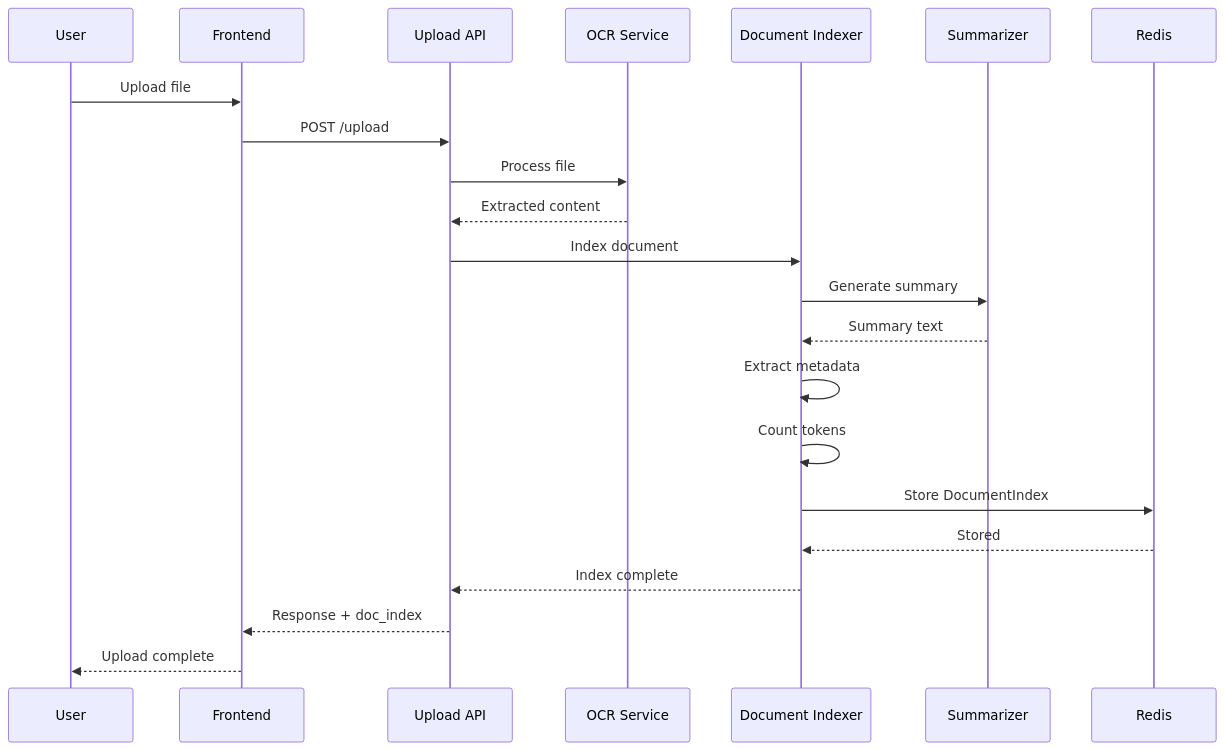
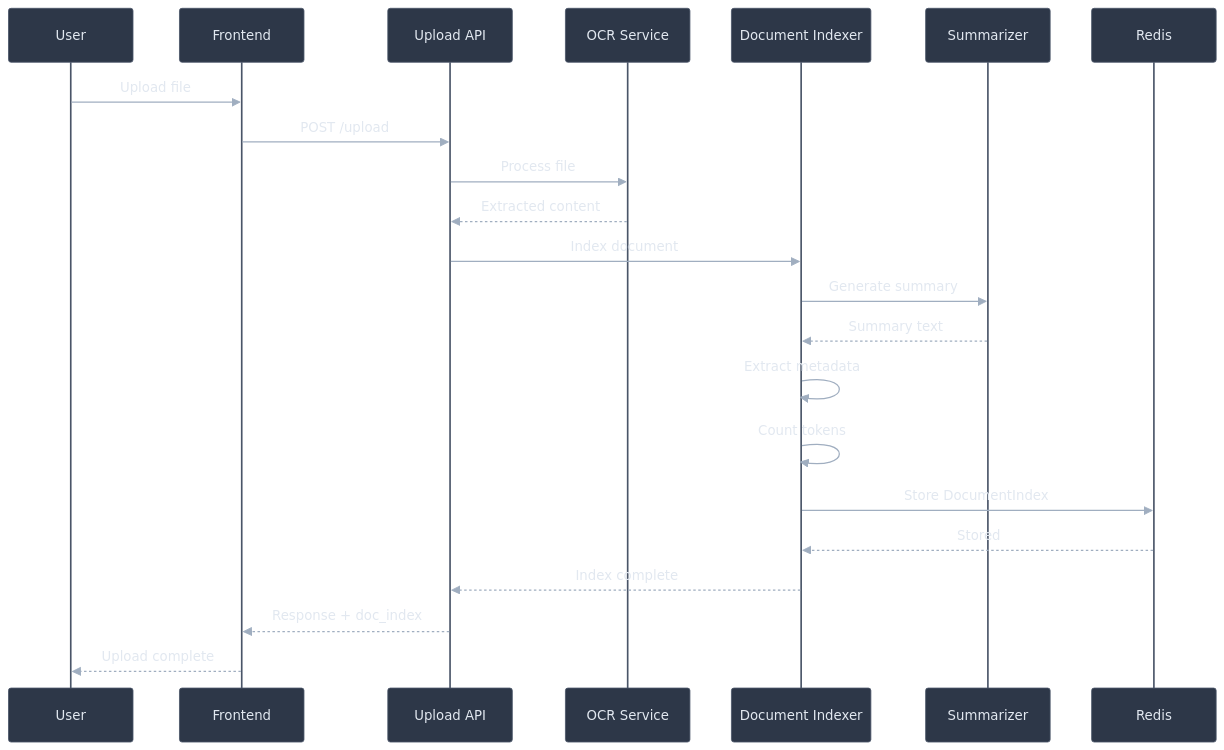
Before and after one commit to manumishra-zm/execution_plan: diagram 13 of 22 in chat_context/chat_context.md, drawn with Mermaid. The commit also changed other lines of this file, not shown here.

````diff
--- a/chat_context/chat_context.md
+++ b/chat_context/chat_context.md
@@ -516,28 +539,29 @@
 ```mermaid
+%%{init: {'theme': 'base', 'themeVariables': { 'primaryColor': '#4a5568', 'primaryTextColor': '#e2e8f0', 'lineColor': '#a0aec0', 'actorTextColor': '#e2e8f0', 'actorBkg': '#2d3748', 'actorBorder': '#4a5568', 'signalColor': '#a0aec0', 'signalTextColor': '#e2e8f0'}}}%%
 sequenceDiagram
     participant U as User
     participant FE as Frontend
     participant API as Upload API
     participant OCR as OCR Service
     participant IDX as Document Indexer
     participant SUM as Summarizer
     participant DB as Redis
 
     U->>FE: Upload file
     FE->>API: POST /upload
     API->>OCR: Process file
     OCR-->>API: Extracted content
 
     API->>IDX: Index document
     IDX->>SUM: Generate summary
     SUM-->>IDX: Summary text
 
     IDX->>IDX: Extract metadata
     IDX->>IDX: Count tokens
     IDX->>DB: Store DocumentIndex
 
     DB-->>IDX: Stored
     IDX-->>API: Index complete
     API-->>FE: Response + doc_index
     FE-->>U: Upload complete
 ```
````
